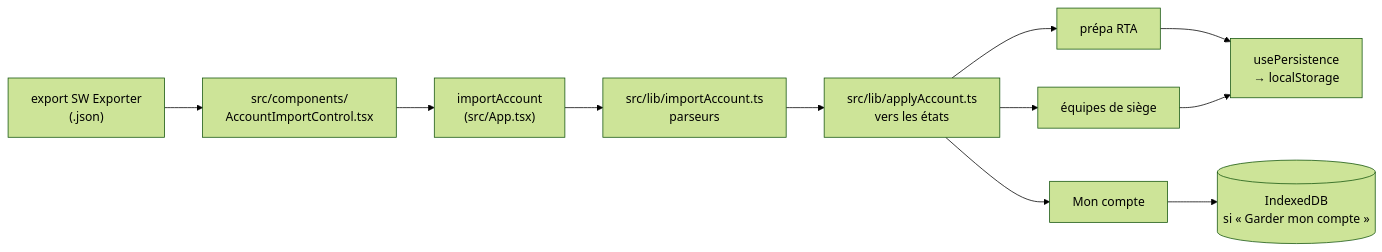
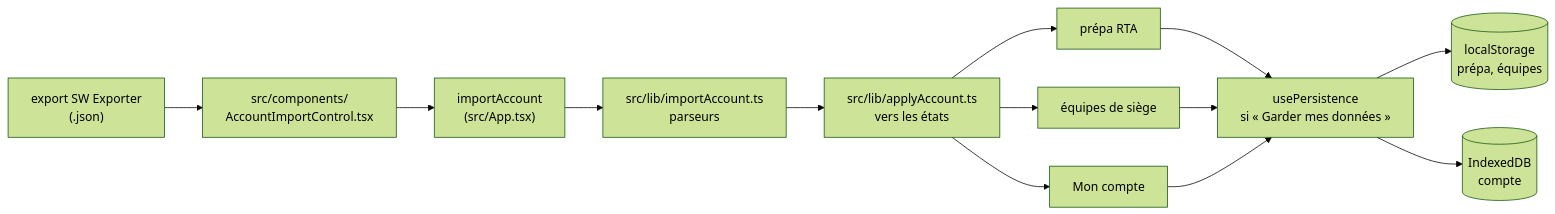
One commit to tototriou/sw-forge changed the second of 3 diagrams in docs/01-presentation/02-architecture.md. Above: the diagram before and after it, drawn with Mermaid (forest theme). The commit also changed 9 other files, not shown here.

````diff
--- a/docs/01-presentation/02-architecture.md
+++ b/docs/01-presentation/02-architecture.md
@@ -32,13 +32,15 @@
 ```mermaid
 flowchart LR
   Export["export SW Exporter<br/>(.json)"] --> Bouton["src/components/<br/>AccountImportControl.tsx"]
   Bouton --> Orchestre["importAccount<br/>(src/App.tsx)"]
   Orchestre --> Parse["src/lib/importAccount.ts<br/>parseurs"]
   Parse --> Applique["src/lib/applyAccount.ts<br/>vers les états"]
   Applique --> RTA["prépa RTA"]
   Applique --> Siege["équipes de siège"]
   Applique --> Compte["Mon compte"]
-  RTA --> Persist["usePersistence<br/>→ localStorage"]
+  RTA --> Persist["usePersistence<br/>si « Garder mes données »"]
   Siege --> Persist
-  Compte --> IDB[("IndexedDB<br/>si « Garder mon compte »")]
+  Compte --> Persist
+  Persist --> LS[("localStorage<br/>prépa, équipes")]
+  Persist --> IDB[("IndexedDB<br/>compte")]
 ```
````
